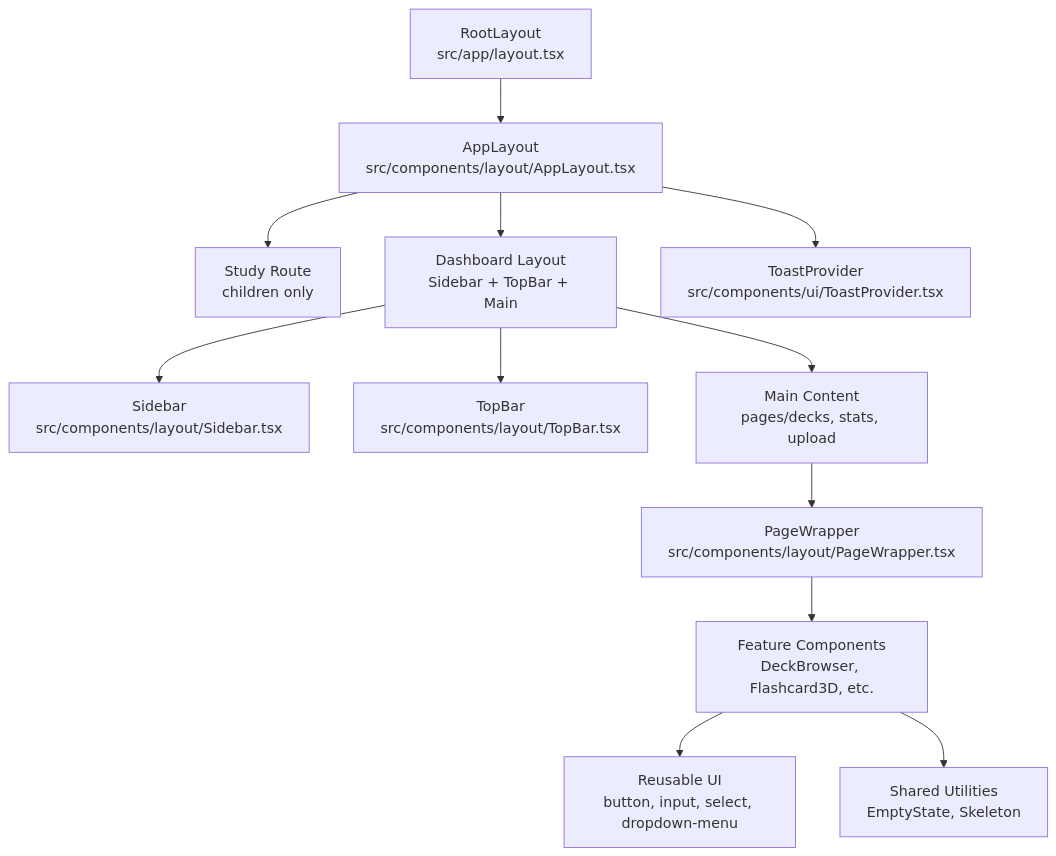
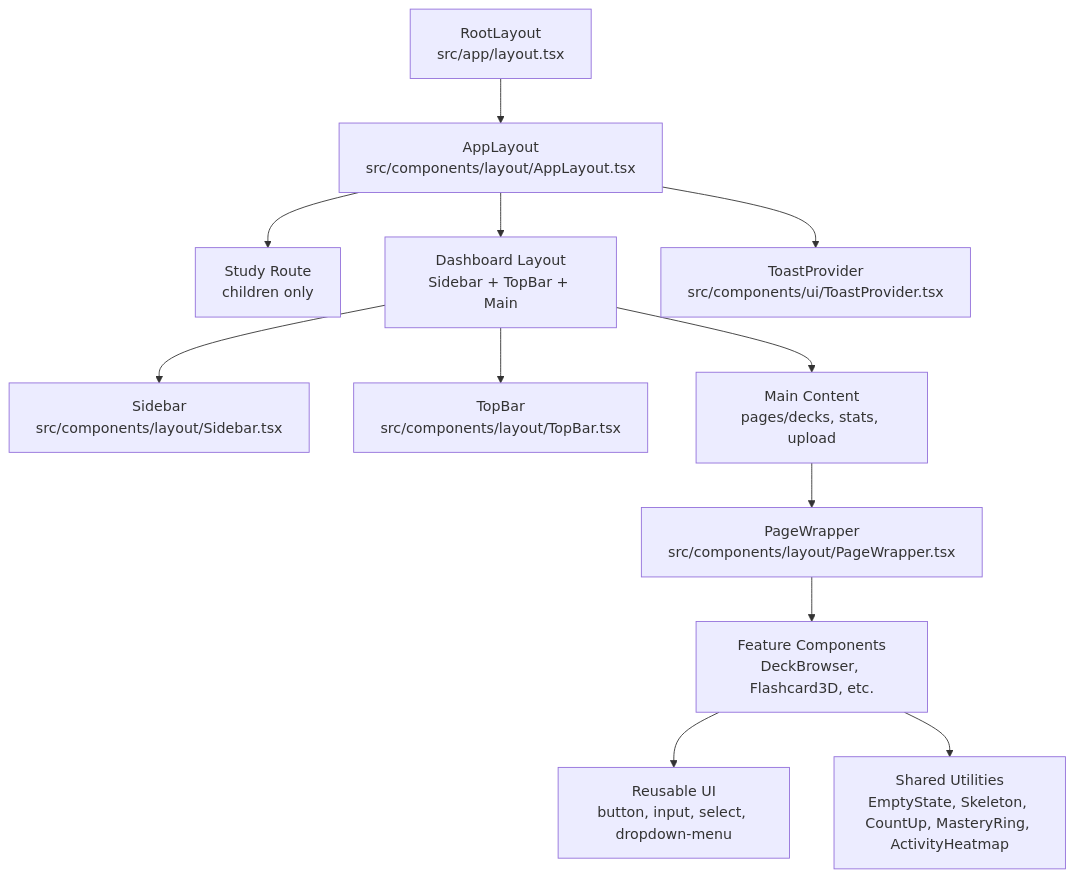
One commit to nitish-niraj/cumathassignment changed the first of 7 diagrams in .qoder/repowiki/en/content/Component Architecture/Component Architecture.md. Above: the diagram before and after it, drawn with Mermaid. The commit also changed other lines of this file and 3 other files, not shown here.

````diff
--- a/.qoder/repowiki/en/content/Component Architecture/Component Architecture.md
+++ b/.qoder/repowiki/en/content/Component Architecture/Component Architecture.md
@@ -40,14 +51,14 @@
 ```mermaid
 graph TB
 RootLayout["RootLayout<br/>src/app/layout.tsx"] --> AppLayout["AppLayout<br/>src/components/layout/AppLayout.tsx"]
 AppLayout --> StudyLayout["Study Route<br/>children only"]
 AppLayout --> DashboardLayout["Dashboard Layout<br/>Sidebar + TopBar + Main"]
 DashboardLayout --> Sidebar["Sidebar<br/>src/components/layout/Sidebar.tsx"]
 DashboardLayout --> TopBar["TopBar<br/>src/components/layout/TopBar.tsx"]
 DashboardLayout --> Main["Main Content<br/>pages/decks, stats, upload"]
 Main --> PageWrapper["PageWrapper<br/>src/components/layout/PageWrapper.tsx"]
 PageWrapper --> Features["Feature Components<br/>DeckBrowser, Flashcard3D, etc."]
 Features --> UI["Reusable UI<br/>button, input, select, dropdown-menu"]
-Features --> Shared["Shared Utilities<br/>EmptyState, Skeleton"]
+Features --> Shared["Shared Utilities<br/>EmptyState, Skeleton, CountUp, MasteryRing, ActivityHeatmap"]
 AppLayout --> ToastProvider["ToastProvider<br/>src/components/ui/ToastProvider.tsx"]
 ```
````
